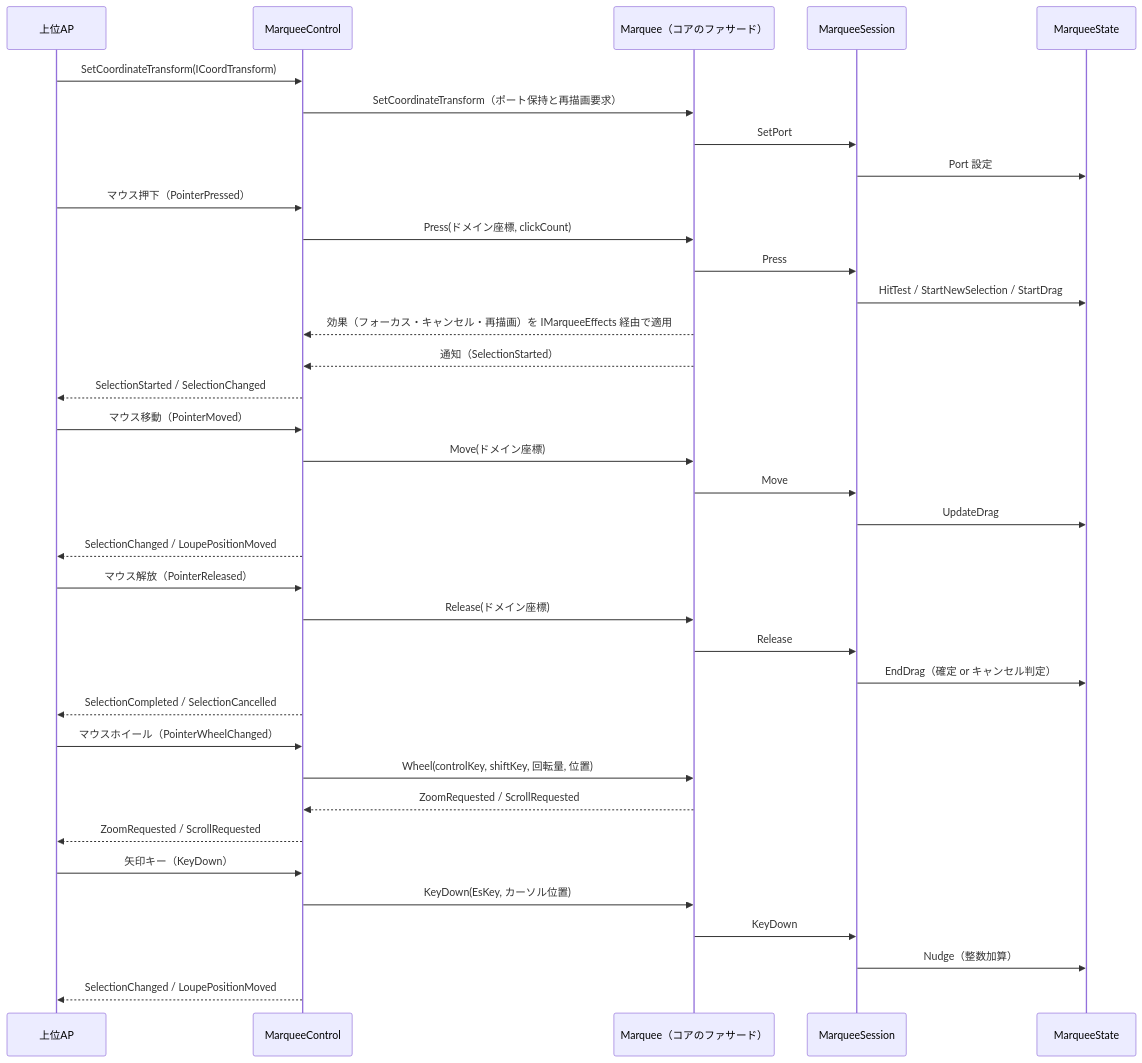
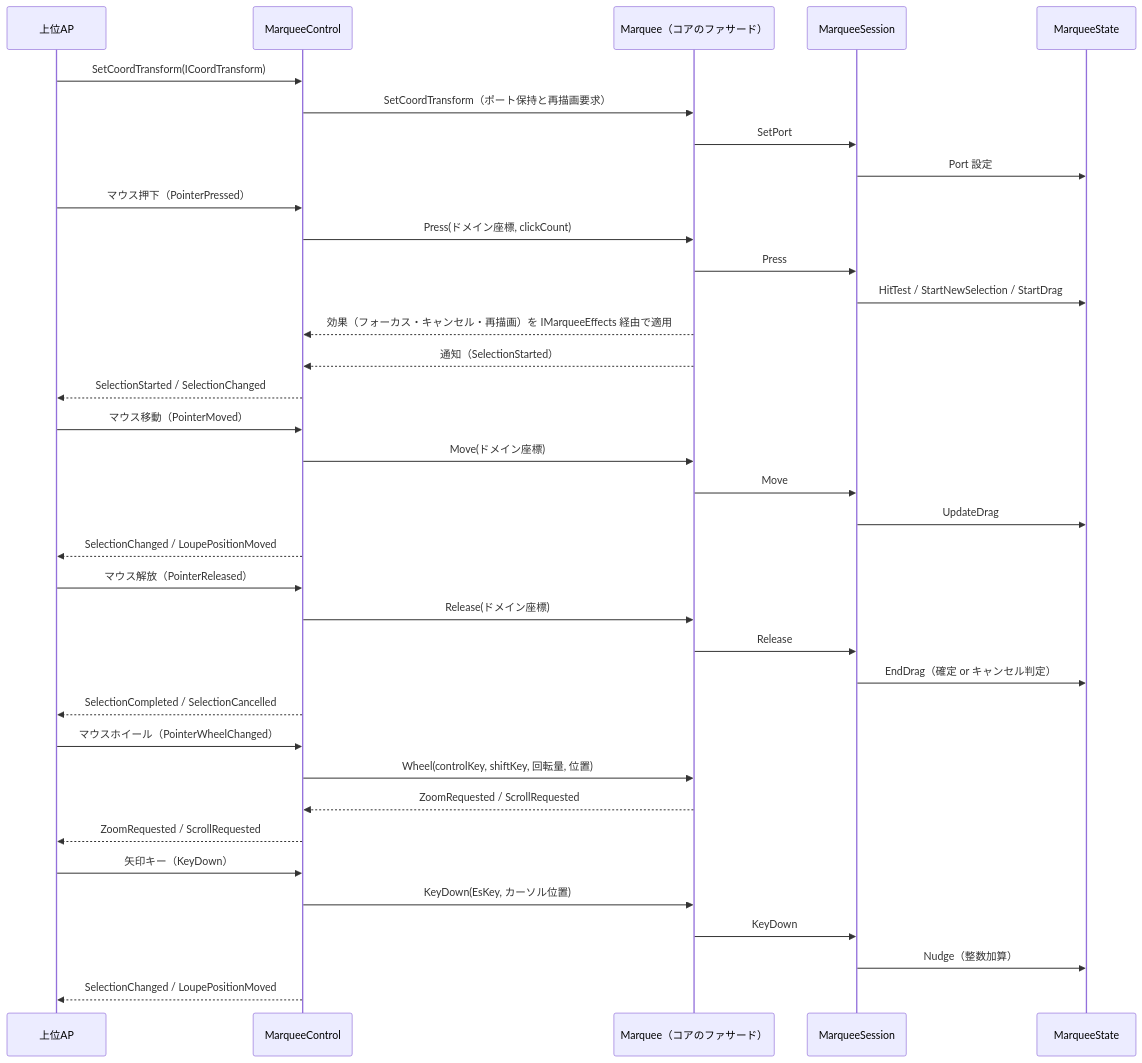
Before and after one commit to tomokuni/SaveEvidence: the second of 2 diagrams in src/MarqueeControl.AvaloniaUI/SPEC_System.md, drawn with Mermaid. The commit also changed other lines of this file and 110 other files, not shown here.

````diff
--- a/src/MarqueeControl.AvaloniaUI/SPEC_System.md
+++ b/src/MarqueeControl.AvaloniaUI/SPEC_System.md
@@ -287,44 +287,44 @@
 ```mermaid
 sequenceDiagram
     participant AP as 上位AP
     participant Ctl as MarqueeControl
     participant Fac as Marquee（コアのファサード）
     participant Ses as MarqueeSession
     participant Stt as MarqueeState
 
-    AP->>Ctl: SetCoordinateTransform(ICoordTransform)
-    Ctl->>Fac: SetCoordinateTransform（ポート保持と再描画要求）
+    AP->>Ctl: SetCoordTransform(ICoordTransform)
+    Ctl->>Fac: SetCoordTransform（ポート保持と再描画要求）
     Fac->>Ses: SetPort
     Ses->>Stt: Port 設定
 
     AP->>Ctl: マウス押下（PointerPressed）
     Ctl->>Fac: Press(ドメイン座標, clickCount)
     Fac->>Ses: Press
     Ses->>Stt: HitTest / StartNewSelection / StartDrag
     Fac-->>Ctl: 効果（フォーカス・キャンセル・再描画）を IMarqueeEffects 経由で適用
     Fac-->>Ctl: 通知（SelectionStarted）
     Ctl-->>AP: SelectionStarted / SelectionChanged
 
     AP->>Ctl: マウス移動（PointerMoved）
     Ctl->>Fac: Move(ドメイン座標)
     Fac->>Ses: Move
     Ses->>Stt: UpdateDrag
     Ctl-->>AP: SelectionChanged / LoupePositionMoved
 
     AP->>Ctl: マウス解放（PointerReleased）
     Ctl->>Fac: Release(ドメイン座標)
     Fac->>Ses: Release
     Ses->>Stt: EndDrag（確定 or キャンセル判定）
     Ctl-->>AP: SelectionCompleted / SelectionCancelled
 
     AP->>Ctl: マウスホイール（PointerWheelChanged）
     Ctl->>Fac: Wheel(controlKey, shiftKey, 回転量, 位置)
     Fac-->>Ctl: ZoomRequested / ScrollRequested
     Ctl-->>AP: ZoomRequested / ScrollRequested
 
     AP->>Ctl: 矢印キー（KeyDown）
     Ctl->>Fac: KeyDown(EsKey, カーソル位置)
     Fac->>Ses: KeyDown
     Ses->>Stt: Nudge（整数加算）
     Ctl-->>AP: SelectionChanged / LoupePositionMoved
 ```
````
